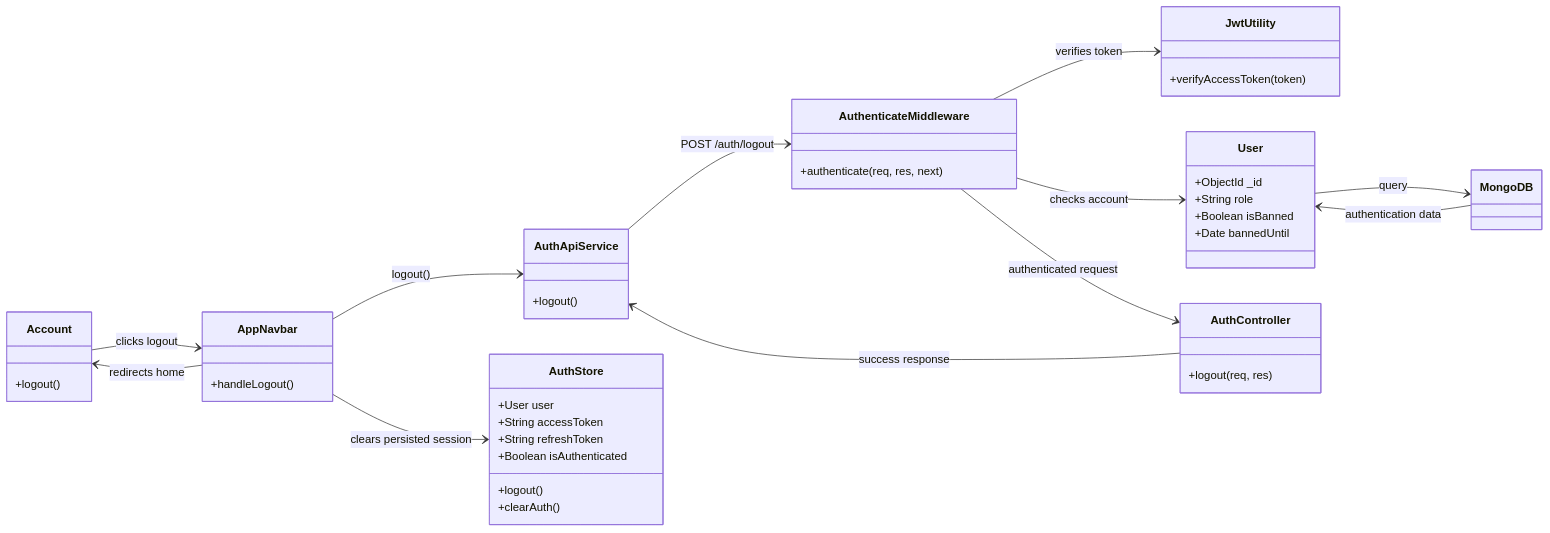
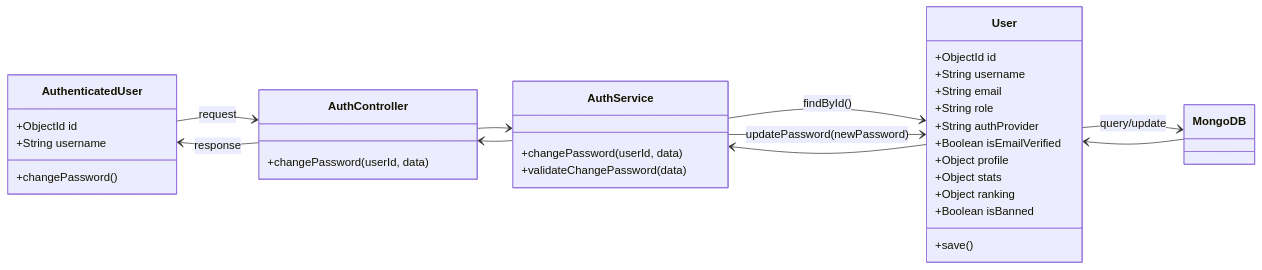
Before and after one commit to SUMMER2026SE/wdp301-rbl-project-wdp_se18d08_group-5: diagram 13 of 60 in docs/19_Detailed_Design.md, drawn with Mermaid. The commit also changed other lines of this file, not shown here.

````diff
--- a/docs/19_Detailed_Design.md
+++ b/docs/19_Detailed_Design.md
@@ -749,58 +927,45 @@
 ```mermaid
 classDiagram
 direction LR
 
-class Account {
-    +logout()
-}
-
-class AppNavbar {
-    +handleLogout()
-}
-
-class AuthApiService {
-    +logout()
-}
-
-class AuthStore {
-    +User user
-    +String accessToken
-    +String refreshToken
-    +Boolean isAuthenticated
-    +logout()
-    +clearAuth()
-}
-
-class AuthenticateMiddleware {
-    +authenticate(req, res, next)
+class AuthenticatedUser {
+    +ObjectId id
+    +String username
+    +changePassword()
 }
 
 class AuthController {
-    +logout(req, res)
+    +changePassword(userId, data)
 }
 
-class JwtUtility {
-    +verifyAccessToken(token)
+class AuthService {
+    +changePassword(userId, data)
+    +validateChangePassword(data)
 }
 
 class User {
-    +ObjectId _id
+    +ObjectId id
+    +String username
+    +String email
     +String role
+    +String authProvider
+    +Boolean isEmailVerified
+    +Object profile
+    +Object stats
+    +Object ranking
     +Boolean isBanned
-    +Date bannedUntil
+    +save()
 }
 
 class MongoDB
 
-Account --> AppNavbar : clicks logout
-AppNavbar --> AuthApiService : logout()
-AuthApiService --> AuthenticateMiddleware : POST /auth/logout
-AuthenticateMiddleware --> JwtUtility : verifies token
-AuthenticateMiddleware --> User : checks account
-User --> MongoDB : query
-MongoDB --> User : authentication data
-AuthenticateMiddleware --> AuthController : authenticated request
-AuthController --> AuthApiService : success response
-AppNavbar --> AuthStore : clears persisted session
-AppNavbar --> Account : redirects home
+AuthenticatedUser --> AuthController : request
+AuthController --> AuthService
+AuthService --> User : findById()
+AuthService --> User : updatePassword(newPassword)
+User --> MongoDB : query/update
+MongoDB --> User
+User --> AuthService
+AuthService --> AuthController
+AuthController --> AuthenticatedUser : response
 ```
````
